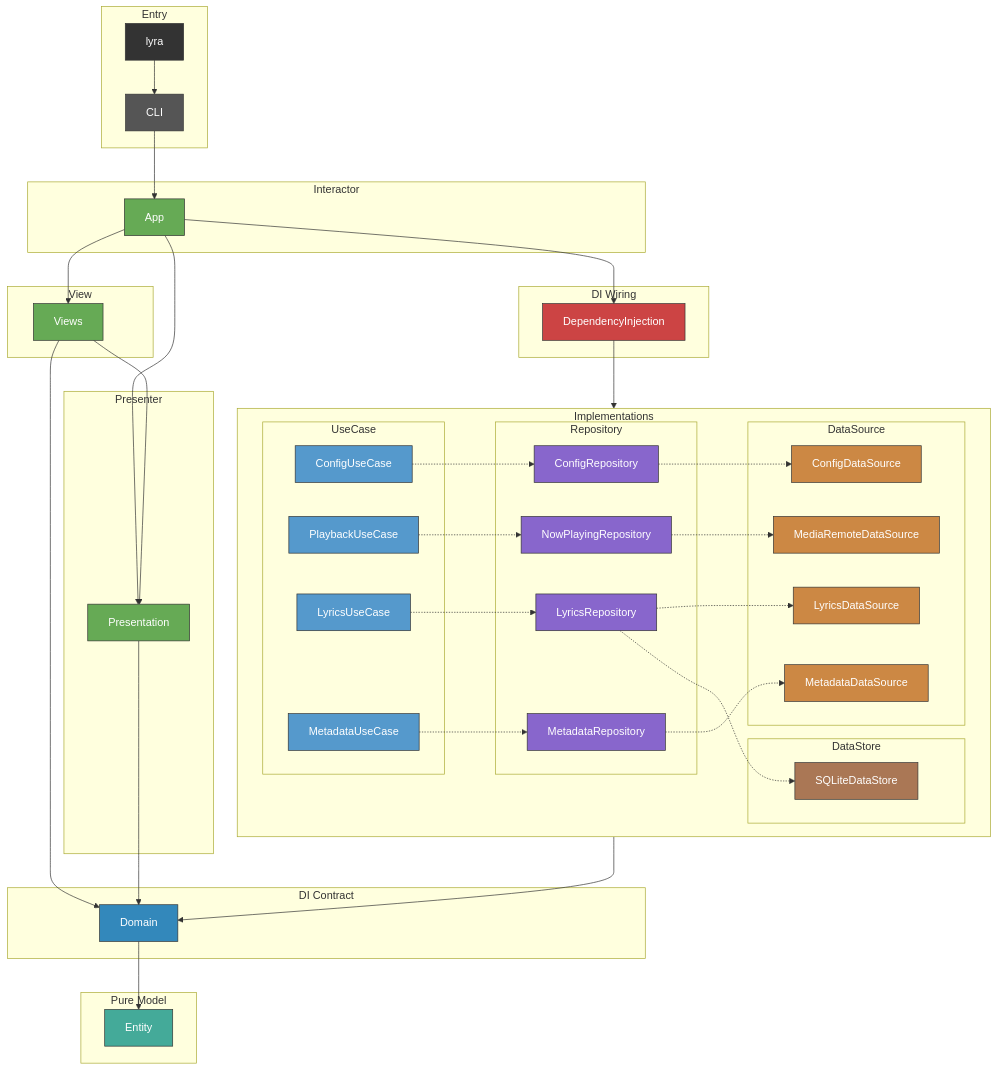
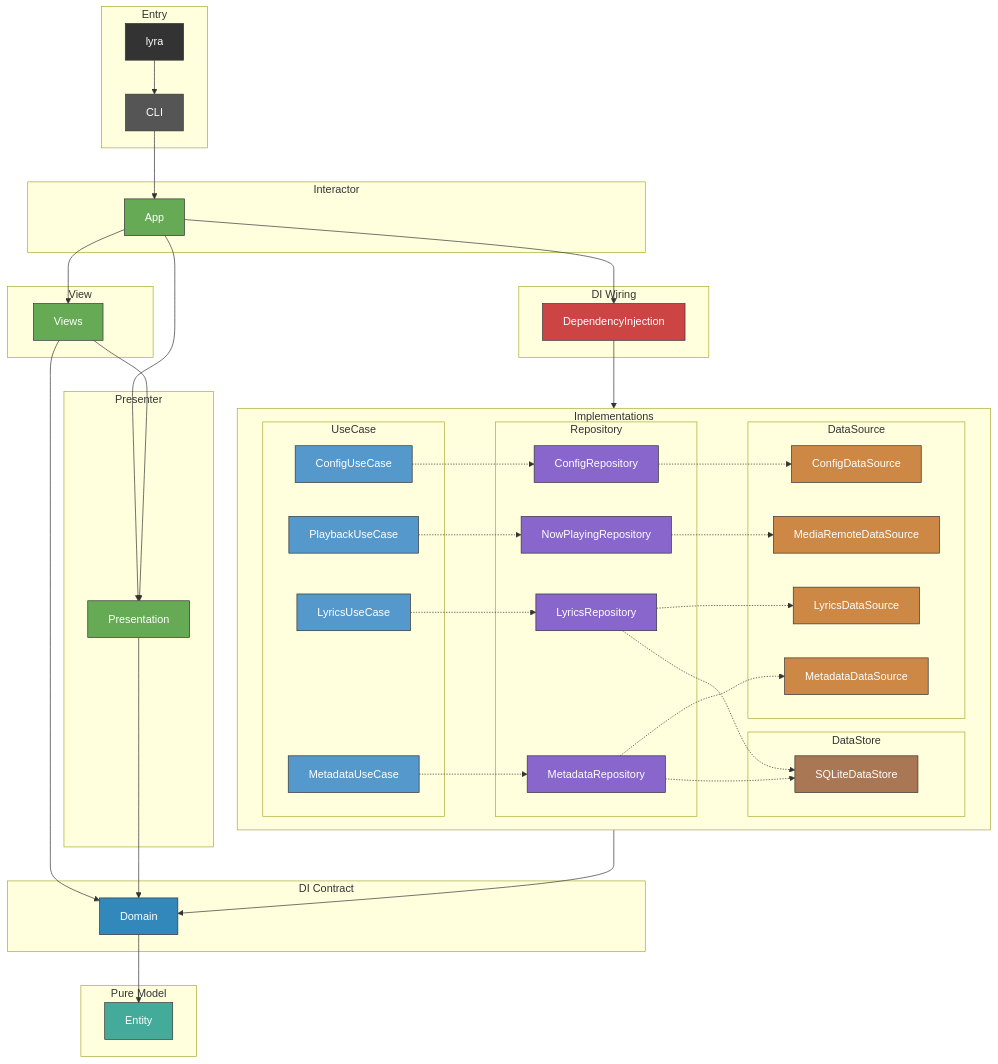
The diagram in CLAUDE.md (GeneralD/lyra), drawn with Mermaid before and after one commit. The commit also changed other lines of this file and 21 other files, not shown here.

First line of the commit message:
refactor: unify MetadataDataStore with generics, move cache to Repository (#103)

```diff
--- a/CLAUDE.md
+++ b/CLAUDE.md
@@ -94,6 +94,7 @@
     LyricsRepository -.-> SQLiteDataStore
     MetadataUseCase -.-> MetadataRepository
     MetadataRepository -.-> MetadataDataSource
+    MetadataRepository -.-> SQLiteDataStore
 
     style lyra fill:#333,stroke:#333,color:#fff
     style CLI fill:#555,stroke:#333,color:#fff
```
